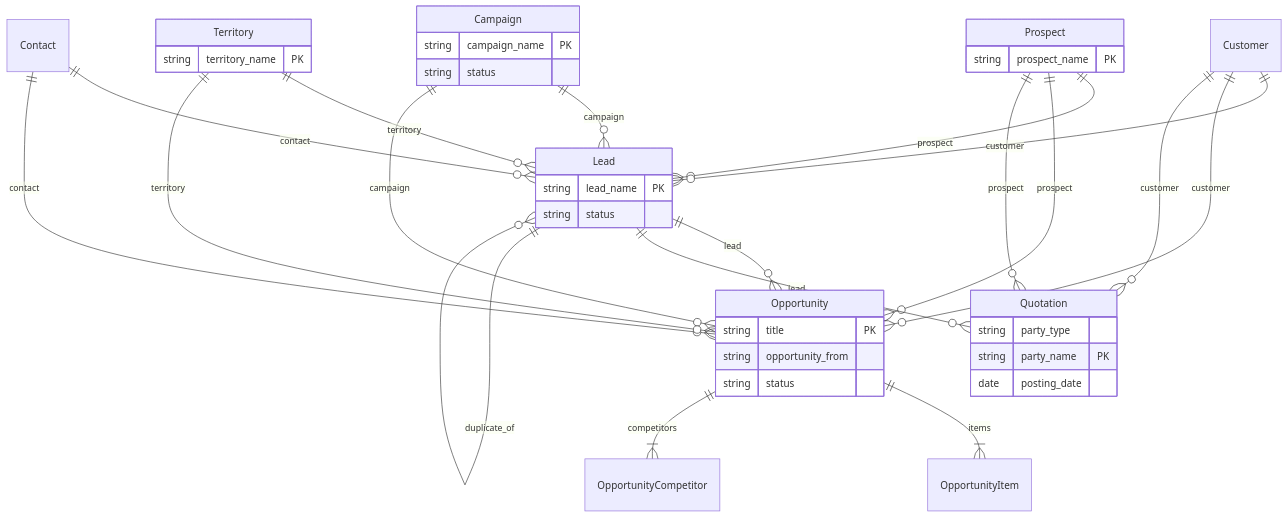
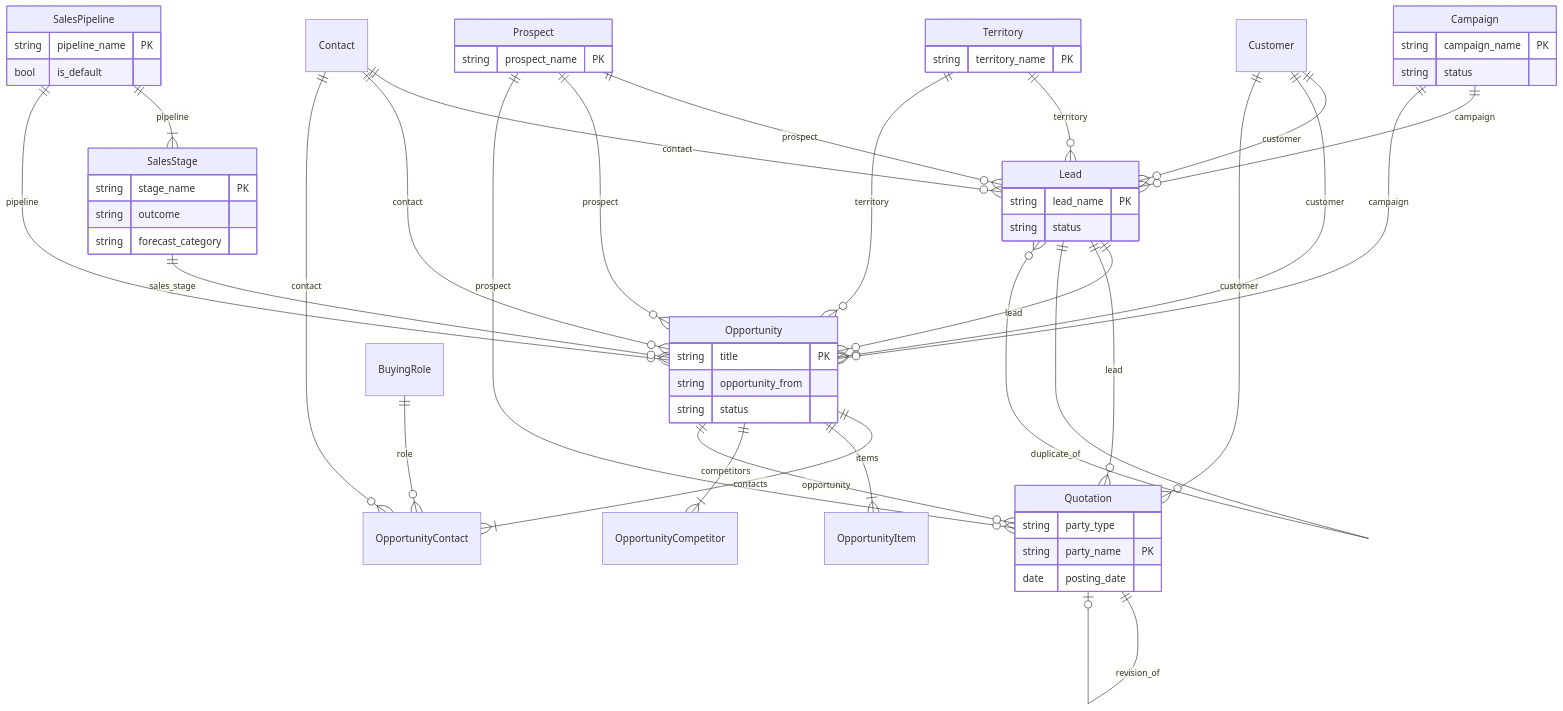
The third of 3 diagrams in README.md (CBFerrum/ferrum-app-crm), drawn with Mermaid before and after one commit. The commit also changed other lines of this file and 3 other files, not shown here.

Commit message:
CRM 0.10.0: several pipelines, what a stage asks, a deal's people and priced lines, quotations answered and revised, a forecast by owner and category

````diff
--- a/README.md
+++ b/README.md
@@ -159,44 +160,61 @@
 ```mermaid
 erDiagram
     Lead {
         string lead_name PK
         string status
     }
     Opportunity {
         string title PK
         string opportunity_from
         string status
     }
     Territory {
         string territory_name PK
     }
     Quotation {
         string party_type
         string party_name PK
         date posting_date
     }
     Prospect {
         string prospect_name PK
     }
+    SalesPipeline {
+        string pipeline_name PK
+        bool is_default
+    }
+    SalesStage {
+        string stage_name PK
+        string outcome
+        string forecast_category
+    }
     Campaign {
         string campaign_name PK
         string status
     }
     Campaign ||--o{ Lead : "campaign"
     Prospect ||--o{ Lead : "prospect"
     Territory ||--o{ Lead : "territory"
     Customer ||--o{ Lead : "customer"
     Contact ||--o{ Lead : "contact"
     Lead ||--o{ Opportunity : "lead"
     Customer ||--o{ Opportunity : "customer"
     Prospect ||--o{ Opportunity : "prospect"
     Contact ||--o{ Opportunity : "contact"
+    SalesPipeline ||--|{ SalesStage : "pipeline"
+    SalesPipeline ||--o{ Opportunity : "pipeline"
+    SalesStage ||--o{ Opportunity : "sales_stage"
+    Opportunity ||--|{ OpportunityContact : "contacts"
+    Contact ||--o{ OpportunityContact : "contact"
+    BuyingRole ||--o{ OpportunityContact : "role"
     Opportunity ||--|{ OpportunityItem : "items"
     Opportunity ||--|{ OpportunityCompetitor : "competitors"
     Campaign ||--o{ Opportunity : "campaign"
     Territory ||--o{ Opportunity : "territory"
     Customer ||--o{ Quotation : "customer"
     Lead ||--o{ Quotation : "lead"
     Prospect ||--o{ Quotation : "prospect"
+    Opportunity ||--o{ Quotation : "opportunity"
+    Quotation ||--o| Quotation : "revision_of"
     Lead ||--o{ Lead : "duplicate_of"
 ```
````
